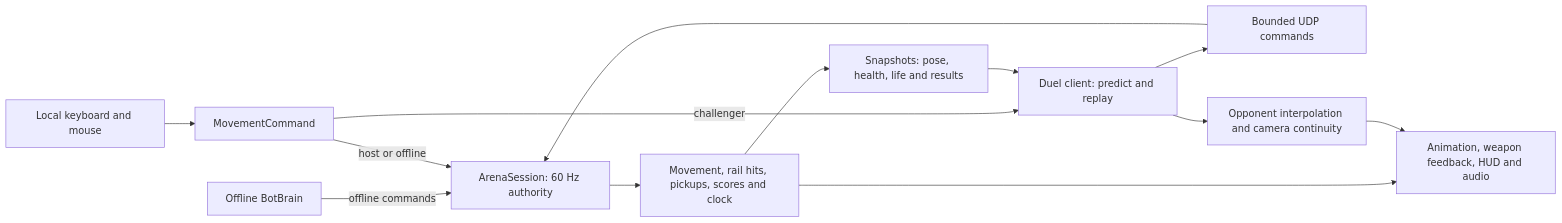
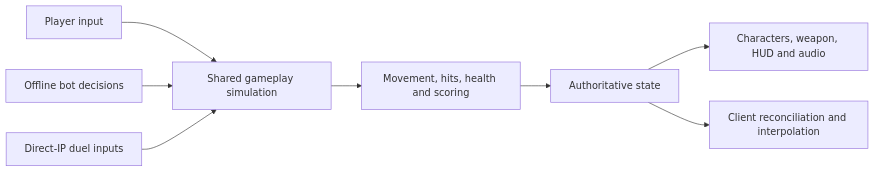
One commit to Evekiio/rail-arena changed the diagram in README.md. Above: the diagram before and after it, drawn with Mermaid. The commit also changed other lines of this file, not shown here.

Commit message:
Refine Rail Arena README vision and Sanders Riddle portfolio positioning

````diff
--- a/README.md
+++ b/README.md
@@ -87,15 +84,10 @@
 ```mermaid
 flowchart LR
-    Local["Local keyboard and mouse"] --> Commands["MovementCommand"]
-    Bots["Offline BotBrain"] -->|offline commands| Authority["ArenaSession: 60 Hz authority"]
-    Commands -->|host or offline| Authority
-    Commands -->|challenger| Client["Duel client: predict and replay"]
-    Client --> Inputs["Bounded UDP commands"]
-    Inputs --> Authority
-    Authority --> Rules["Movement, rail hits, pickups, scores and clock"]
-    Rules --> Snapshots["Snapshots: pose, health, life and results"]
-    Snapshots --> Client
-    Client --> View["Opponent interpolation and camera continuity"]
-    Rules --> Presentation["Animation, weapon feedback, HUD and audio"]
-    View --> Presentation
+    Human[Player input] --> Simulation[Shared gameplay simulation]
+    Bots[Offline bot decisions] --> Simulation
+    Network[Direct-IP duel inputs] --> Simulation
+    Simulation --> Rules[Movement, hits, health and scoring]
+    Rules --> State[Authoritative state]
+    State --> View[Characters, weapon, HUD and audio]
+    State --> Client[Client reconciliation and interpolation]
 ```
````
